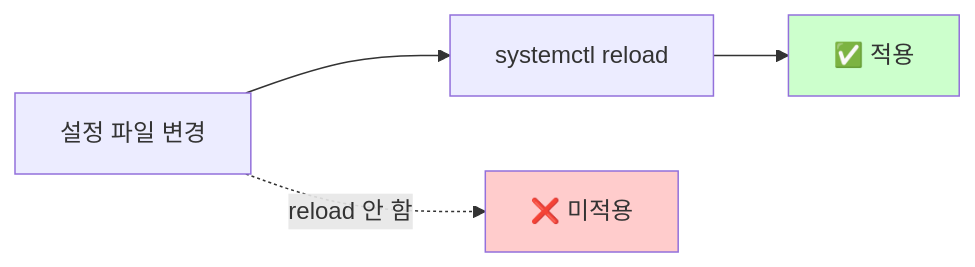
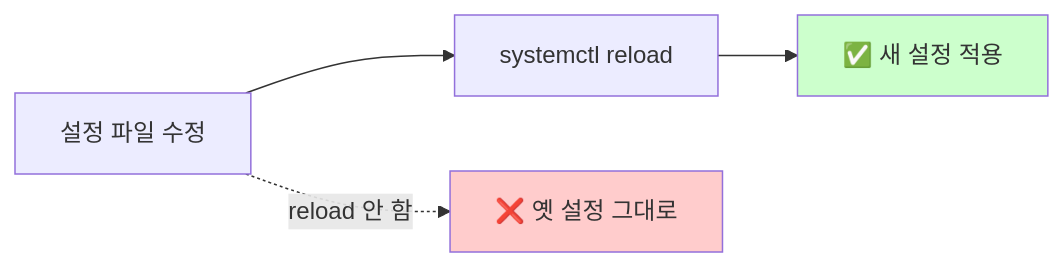
The second of 2 diagrams in codyssey_b1_1_study/sshd-config.md (codewhite7777/codyssey_notes), drawn with Mermaid before and after one commit. The commit also changed other lines of this file, not shown here.

````diff
--- a/codyssey_b1_1_study/sshd-config.md
+++ b/codyssey_b1_1_study/sshd-config.md
@@ -170,10 +187,10 @@
 ```mermaid
 flowchart LR
-    A[설정 파일 변경] --> B[systemctl reload]
-    B --> C[✅ 적용]
+    A[설정 파일 수정] --> B[systemctl reload]
+    B --> C[✅ 새 설정 적용]
 
-    A -.->|reload 안 함| X[❌ 미적용]
+    A -.->|reload 안 함| X[❌ 옛 설정 그대로]
 
     style C fill:#ccffcc
     style X fill:#ffcccc
 ```
````
